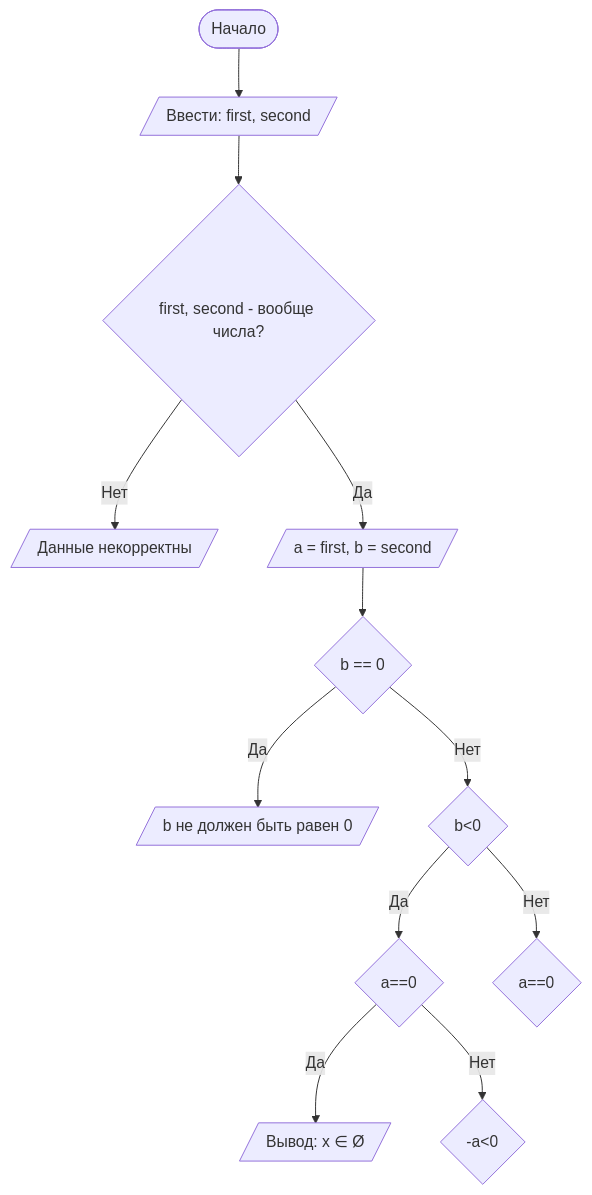
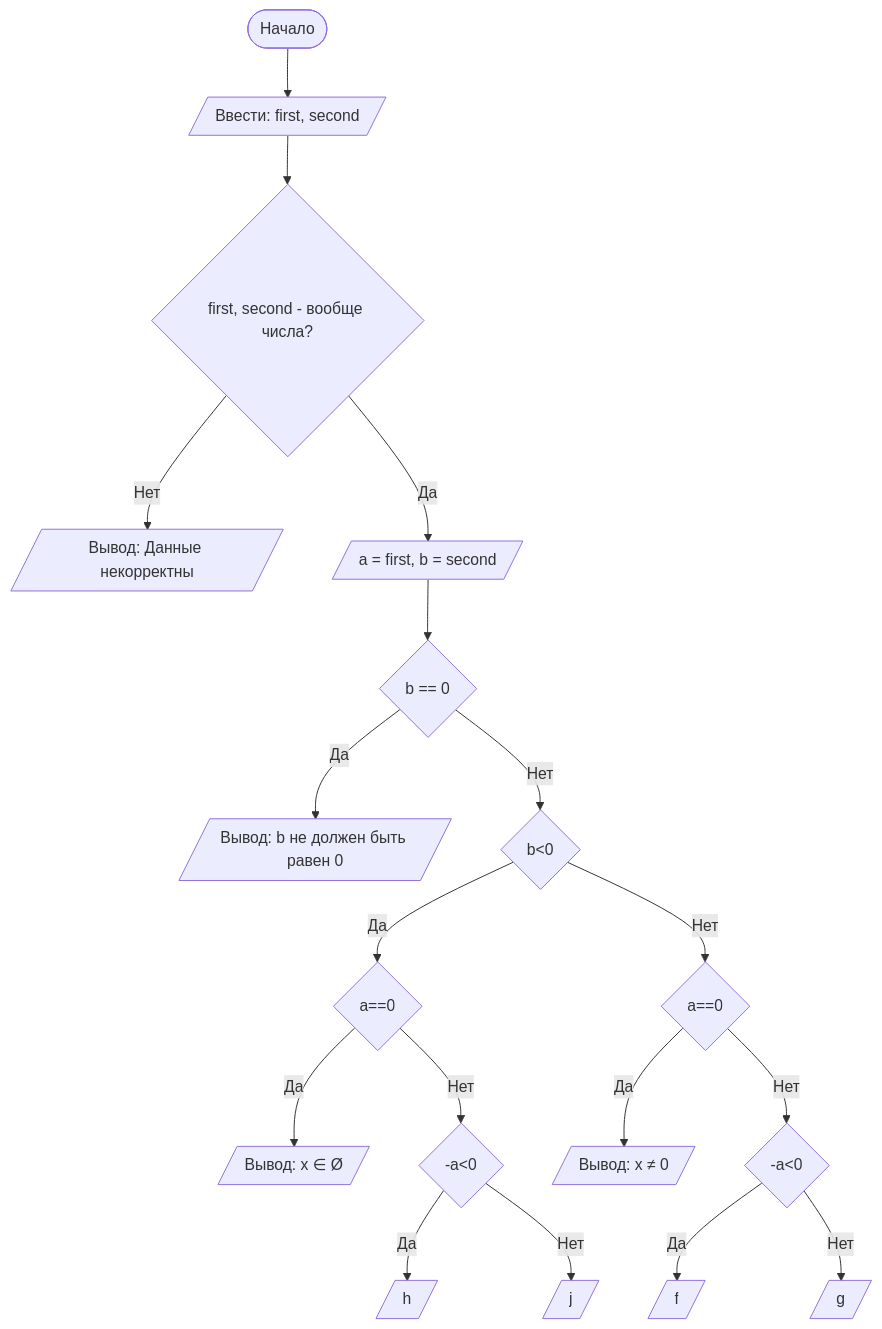
The diagram in README.md (EDINDANDIL/Lab1), drawn with Mermaid before and after one commit.

````diff
--- a/README.md
+++ b/README.md
@@ -112,21 +112,27 @@
 ```mermaid
 graph TD
     A([Начало]) --> B[/Ввести: first, second/]
     B --> C{first, second - вообще числа?}
-    C -- Нет --> P[/Данные некорректны/]
+    C -- Нет --> P[/Вывод: Данные некорректны/]
     C -- Да --> D[/a = first, b = second/]
     D --> F{b == 0}
-    F -- Да --> O[/b не должен быть равен 0/]
+    F -- Да --> O[/Вывод: b не должен быть равен 0/]
     F -- Нет --> M{b<0}
     M -- Да --> N{a==0}
     M -- Нет --> L{a==0}
-    N -- Да --> R[/Вывод: x ∈ Ø /]
-    N -- Нет --> R1{-a<0}
+    N -- Да --> N1[/Вывод: x ∈ Ø /]
+    N -- Нет --> N2{-a<0}
+    L -- Да --> L1[/Вывод: x ≠ 0/]
+    L -- Нет --> L2{-a<0}
+    L2 -- Да --> E1[/f/]
+    L2 -- Нет --> E2[/g/]
+    N2 -- Да --> E3[/h/]
+    N2 -- Нет --> E4[/j/]
     
 
     
 
   
    
 
 ```
````
